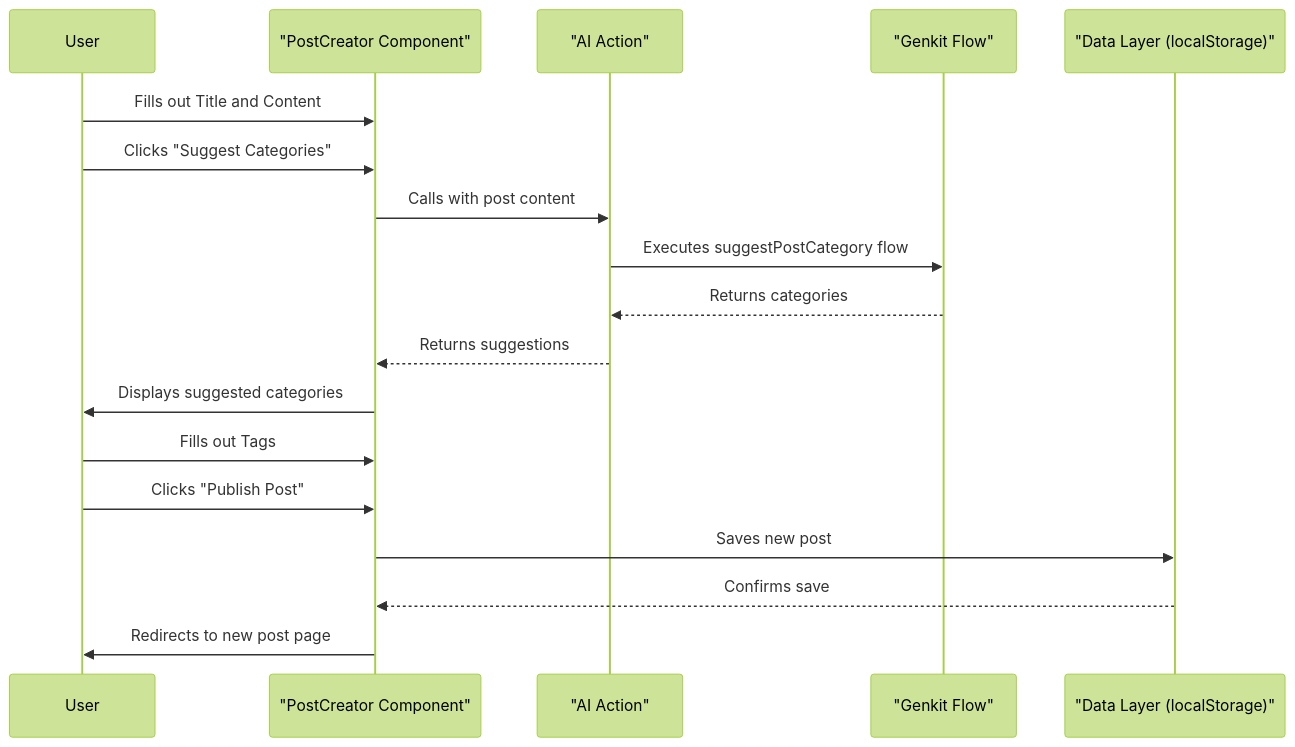
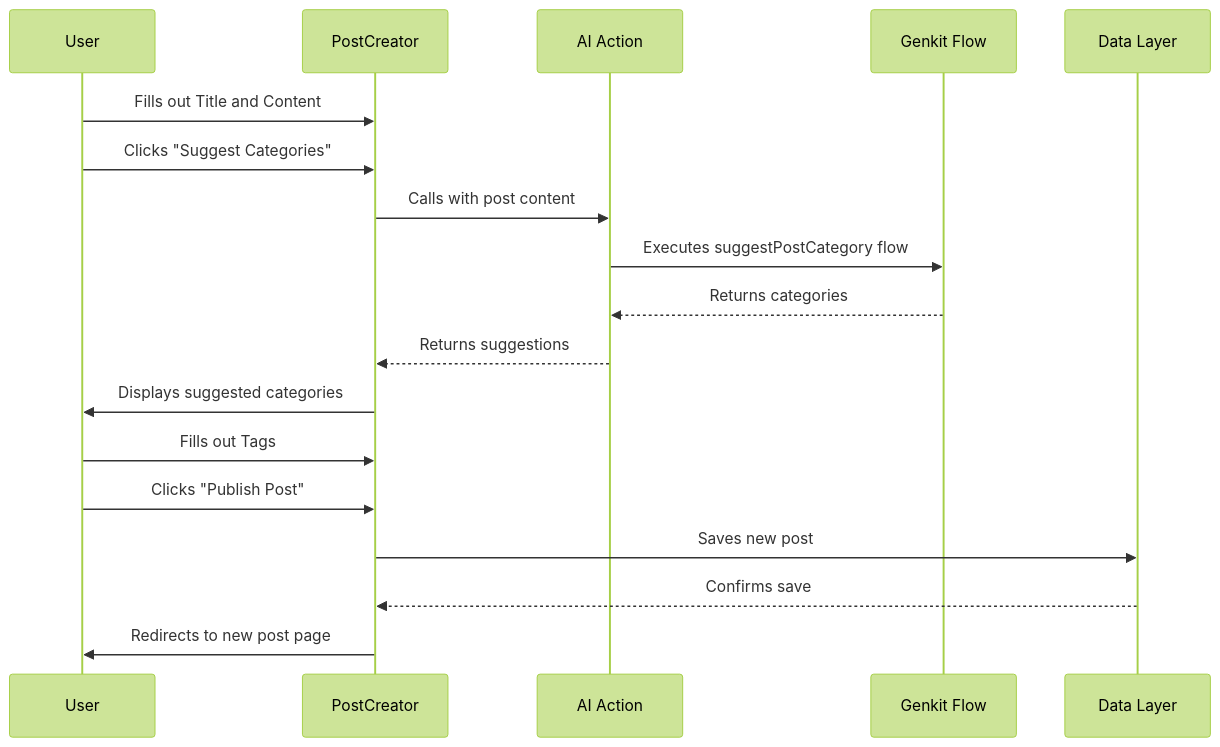
Before and after one commit to shivamghaware/BlogIn: the third of 4 diagrams in src/app/UML.md, drawn with Mermaid (forest theme). The commit also changed other lines of this file, not shown here.

Commit message:
Update Mermaid diagram

````diff
--- a/src/app/UML.md
+++ b/src/app/UML.md
@@ -56,22 +40,20 @@
 ```mermaid
 sequenceDiagram
-    participant User
-    participant PostCreator as "PostCreator Component"
-    participant suggestCategoriesAction as "AI Action"
-    participant Genkit as "Genkit Flow"
-    participant Data as "Data Layer (localStorage)"
-
-    User->>PostCreator: Fills out Title and Content
-    User->>PostCreator: Clicks "Suggest Categories"
-    PostCreator->>suggestCategoriesAction: Calls with post content
-    suggestCategoriesAction->>Genkit: Executes suggestPostCategory flow
-    Genkit-->>suggestCategoriesAction: Returns categories
-    suggestCategoriesAction-->>PostCreator: Returns suggestions
-    PostCreator->>User: Displays suggested categories
-
-    User->>PostCreator: Fills out Tags
-    User->>PostCreator: Clicks "Publish Post"
-    PostCreator->>Data: Saves new post
-    Data-->>PostCreator: Confirms save
-    PostCreator->>User: Redirects to new post page
+    participant U as User
+    participant PC as PostCreator
+    participant SAA as AI Action
+    participant G as Genkit Flow
+    participant D as Data Layer
+    U->>PC: Fills out Title and Content
+    U->>PC: Clicks "Suggest Categories"
+    PC->>SAA: Calls with post content
+    SAA->>G: Executes suggestPostCategory flow
+    G-->>SAA: Returns categories
+    SAA-->>PC: Returns suggestions
+    PC->>U: Displays suggested categories
+    U->>PC: Fills out Tags
+    U->>PC: Clicks "Publish Post"
+    PC->>D: Saves new post
+    D-->>PC: Confirms save
+    PC->>U: Redirects to new post page
 ```
````
